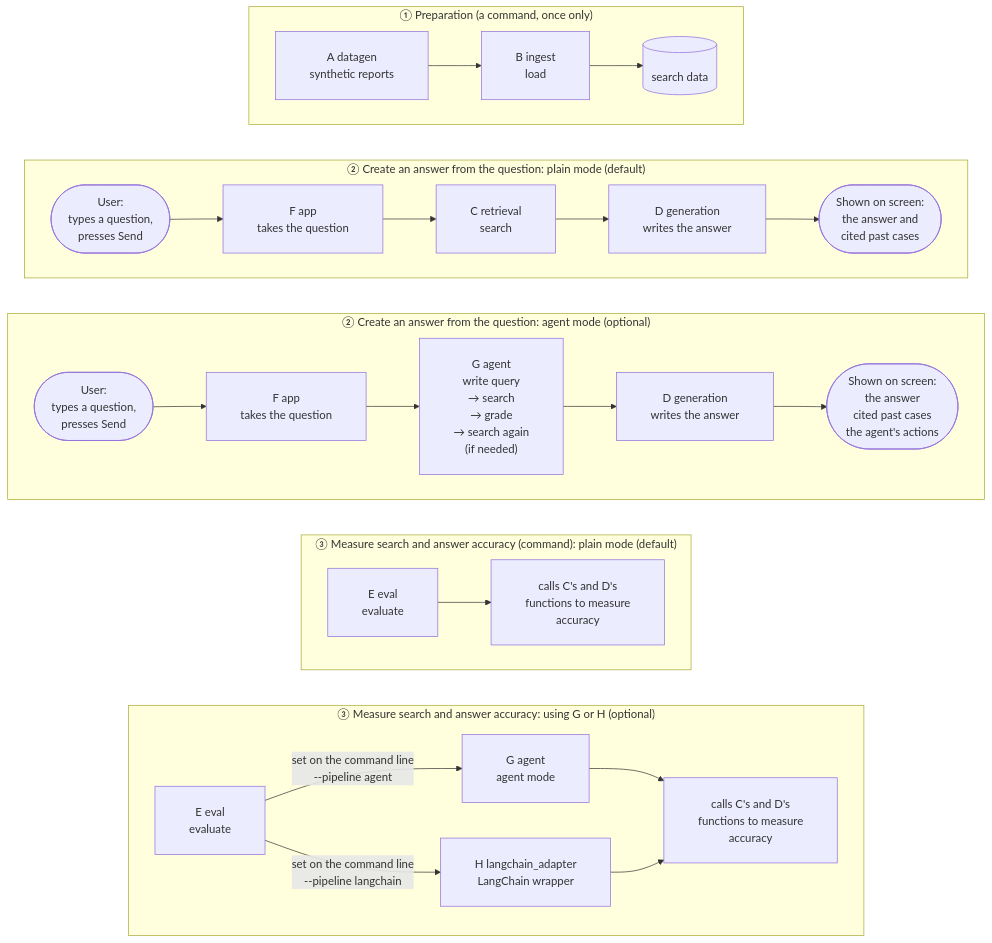
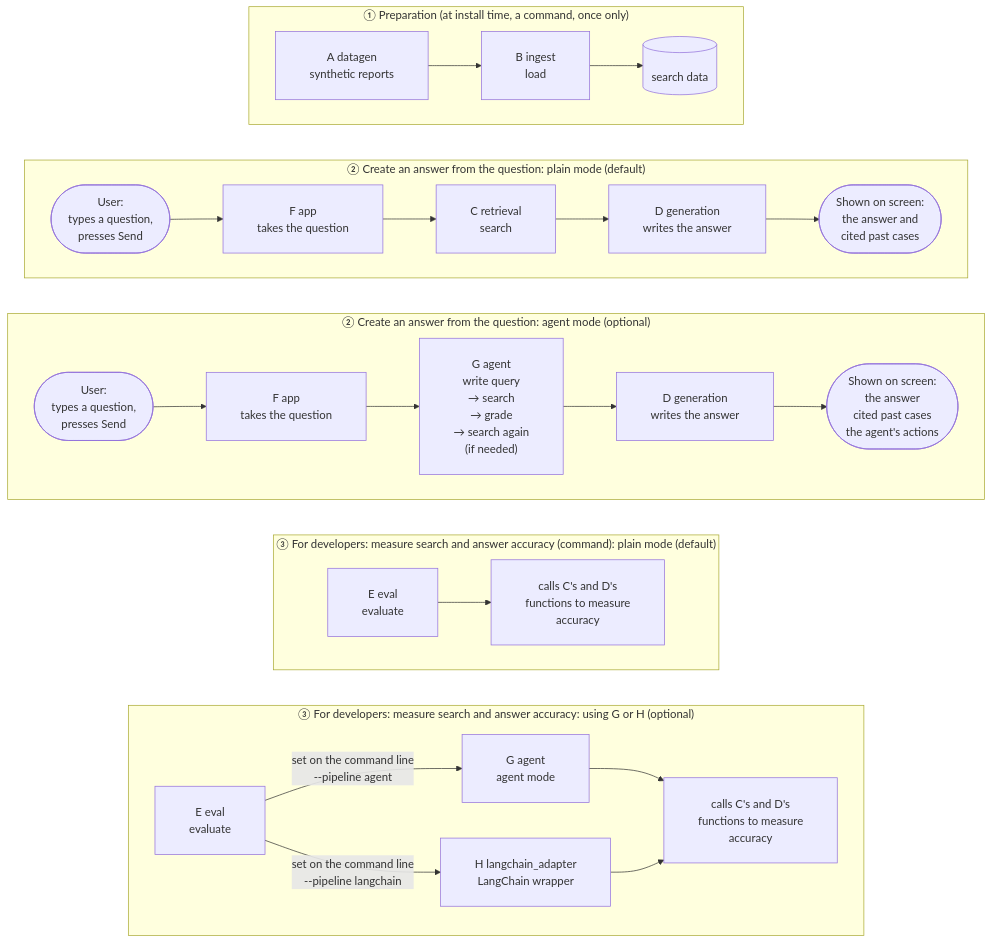
The first of 3 diagrams in README_en.md (satoshi-abe-dev/silo-rag), drawn with Mermaid before and after one commit. The commit also changed other lines of this file and 1 other file, not shown here.

Commit message:
Say who uses each part of the architecture
End users use only the question-answering flow (2). The preparation (1) is
run once by whoever installs the system, and the evaluation (3) is only
for developers, to compare the plain mode, G and H with numbers.

````diff
--- a/README_en.md
+++ b/README_en.md
@@ -136,29 +136,29 @@
 ```mermaid
 %%{init: {"flowchart": {"padding": 24, "wrappingWidth": 400}}}%%
 graph TB
-    subgraph prep["① Preparation (a command, once only)"]
+    subgraph prep["① Preparation (at install time, a command, once only)"]
         direction LR
         A["A datagen<br/>synthetic reports"] --> B["B ingest<br/>load"] --> DB[("search data")]
     end
     subgraph plain["② Create an answer from the question: plain mode (default)"]
         direction LR
         U1(["User:<br/>types a question,<br/>presses Send"]) --> F1["F app<br/>takes the question"] --> C1["C retrieval<br/>search"] --> D1["D generation<br/>writes the answer"] --> R1(["Shown on screen:<br/>the answer and<br/>cited past cases"])
     end
     subgraph agent["② Create an answer from the question: agent mode (optional)"]
         direction LR
         U2(["User:<br/>types a question,<br/>presses Send"]) --> F2["F app<br/>takes the question"] --> G["G agent<br/>write query<br/>→ search<br/>→ grade<br/>→ search again<br/>(if needed)"] --> D2["D generation<br/>writes the answer"] --> R2(["Shown on screen:<br/>the answer<br/>cited past cases<br/>the agent's actions"])
     end
-    subgraph ev["③ Measure search and answer accuracy (command): plain mode (default)"]
+    subgraph ev["③ For developers: measure search and answer accuracy (command): plain mode (default)"]
         direction LR
         E1["E eval<br/>evaluate"] --> CD1["calls C's and D's<br/>functions to measure<br/>accuracy"]
     end
-    subgraph ev2["③ Measure search and answer accuracy: using G or H (optional)"]
+    subgraph ev2["③ For developers: measure search and answer accuracy: using G or H (optional)"]
         direction LR
         E2["E eval<br/>evaluate"] -->|"set on the command line<br/>--pipeline agent"| G2["G agent<br/>agent mode"] --> CD2["calls C's and D's<br/>functions to measure<br/>accuracy"]
         E2 -->|"set on the command line<br/>--pipeline langchain"| H["H langchain_adapter<br/>LangChain wrapper"] --> CD2
     end
     prep ~~~ plain
     plain ~~~ agent
     agent ~~~ ev
     ev ~~~ ev2
 ```
````
